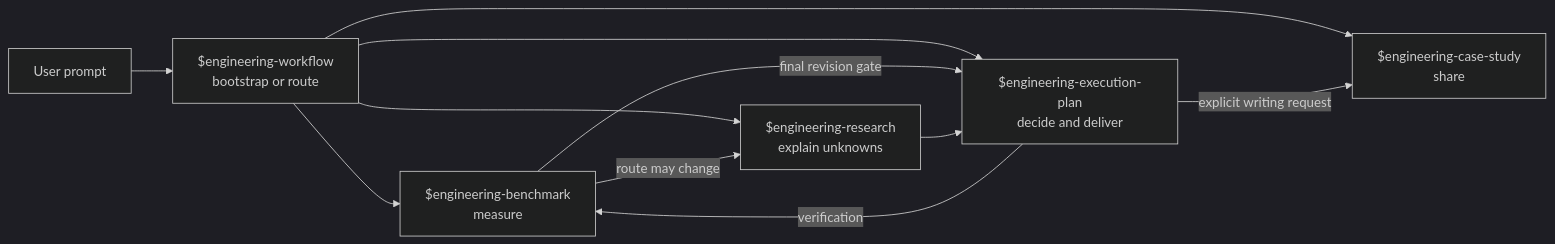
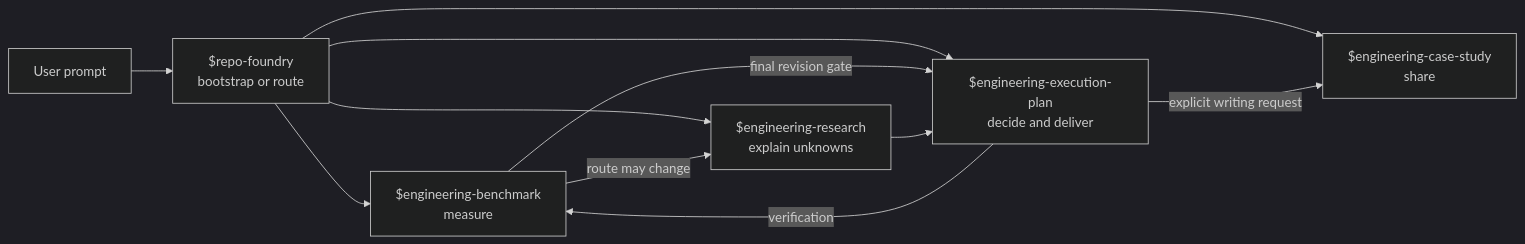
The first of 3 diagrams in examples/README.md (XiaoWeiKIN/RepoFoundryAI), drawn with Mermaid (dark theme) before and after one commit. The commit also changed other lines of this file and 52 other files, not shown here.

````diff
--- a/examples/README.md
+++ b/examples/README.md
@@ -12,13 +12,13 @@
 ```mermaid
 flowchart LR
-    U["User prompt"] --> W["$engineering-workflow<br/>bootstrap or route"]
+    U["User prompt"] --> W["$repo-foundry<br/>bootstrap or route"]
     W --> B["$engineering-benchmark<br/>measure"]
     W --> R["$engineering-research<br/>explain unknowns"]
     W --> E["$engineering-execution-plan<br/>decide and deliver"]
     W --> C["$engineering-case-study<br/>share"]
     B -->|"route may change"| R
     B -->|"final revision gate"| E
     R --> E
     E -->|"verification"| B
     E -->|"explicit writing request"| C
 ```
````
